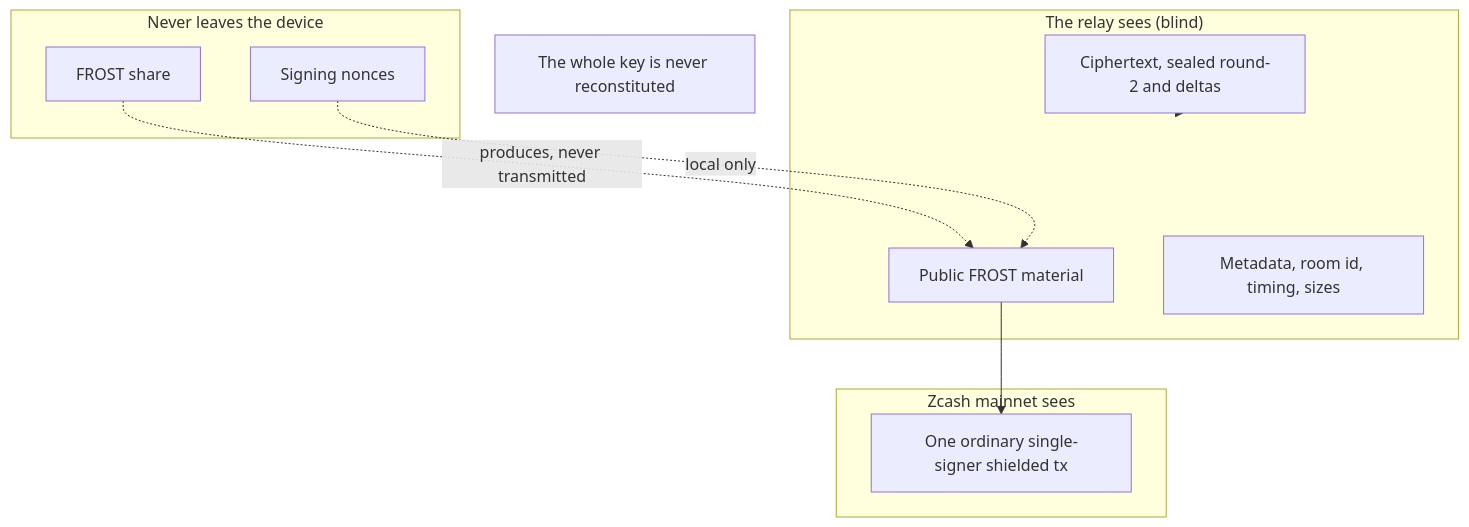
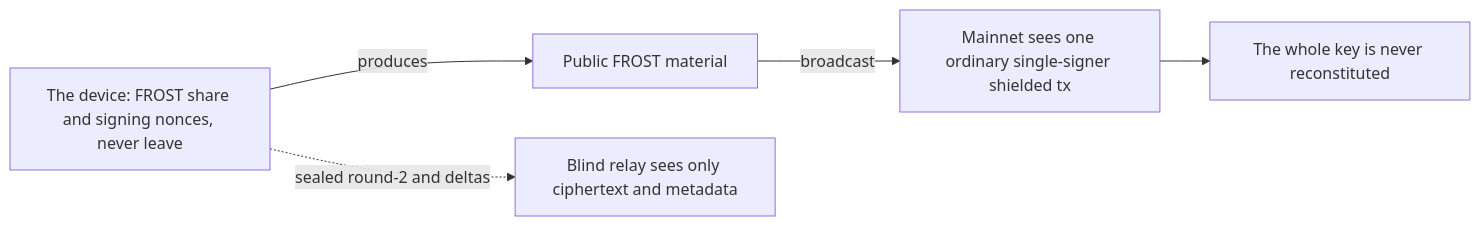
One commit to deegalabs/konclave changed the tenth of 10 diagrams in docs/DIAGRAMS.md. Above: the diagram before and after it, drawn with Mermaid. The commit also changed other lines of this file, not shown here.

First line of the commit message:
docs(diagrams): make all Mermaid diagrams render on GitHub

````diff
--- a/docs/DIAGRAMS.md
+++ b/docs/DIAGRAMS.md
@@ -223,20 +186,7 @@
 ```mermaid
-flowchart TB
-  subgraph Secret["Never leaves the device"]
-    Share["FROST share"]
-    Nonce["Signing nonces"]
-  end
-  subgraph Relay["The relay sees (blind)"]
-    Pub["Public FROST material"]
-    Ct["Ciphertext, sealed round-2 and deltas"]
-    Meta["Metadata, room id, timing, sizes"]
-  end
-  subgraph Chain["Zcash mainnet sees"]
-    OneTx["One ordinary single-signer shielded tx"]
-  end
-  Share -.->|"produces, never transmitted"| Pub
-  Nonce -.->|"local only"| Pub
-  Pub --> OneTx
-  Ct --> Relay
-  Note1["The whole key is never reconstituted"]
+flowchart LR
+  Dev["The device: FROST share and signing nonces, never leave"] -->|"produces"| Pub["Public FROST material"]
+  Pub -->|"broadcast"| Tx["Mainnet sees one ordinary single-signer shielded tx"]
+  Dev -.->|"sealed round-2 and deltas"| Relay["Blind relay sees only ciphertext and metadata"]
+  Tx --> Key["The whole key is never reconstituted"]
 ```
````
